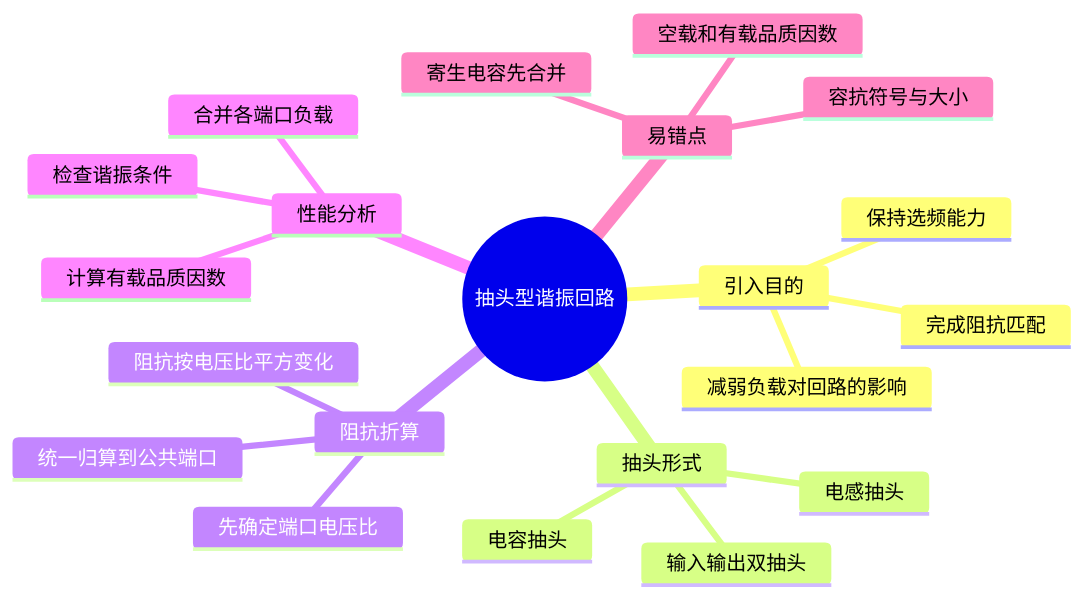
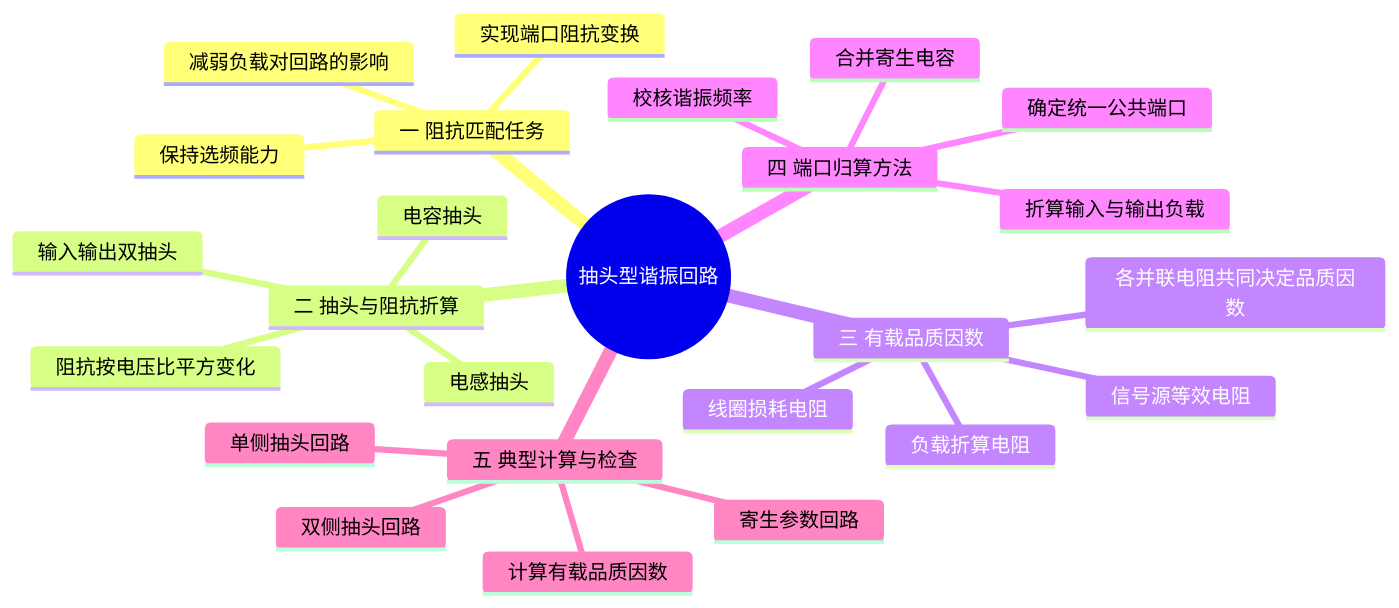
Before and after one commit to 3280441136-lab/My_Obsidian_Notes: the diagram in 学习/学校课程/高频电子线路（3学分）/03 第3课 抽头型谐振回路.md, drawn with Mermaid. The commit also changed other lines of this file and 20 other files, not shown here.

````diff
--- a/学习/学校课程/高频电子线路（3学分）/03 第3课 抽头型谐振回路.md
+++ b/学习/学校课程/高频电子线路（3学分）/03 第3课 抽头型谐振回路.md
@@ -15,24 +15,28 @@
 ```mermaid
 mindmap
   root((抽头型谐振回路))
-    引入目的
+    一 阻抗匹配任务
       减弱负载对回路的影响
-      完成阻抗匹配
       保持选频能力
-    抽头形式
+      实现端口阻抗变换
+    二 抽头与阻抗折算
       电感抽头
       电容抽头
       输入输出双抽头
-    阻抗折算
-      先确定端口电压比
       阻抗按电压比平方变化
-      统一归算到公共端口
-    性能分析
-      合并各端口负载
+    三 有载品质因数
+      线圈损耗电阻
+      信号源等效电阻
+      负载折算电阻
+      各并联电阻共同决定品质因数
+    四 端口归算方法
+      确定统一公共端口
+      合并寄生电容
+      折算输入与输出负载
+      校核谐振频率
+    五 典型计算与检查
+      单侧抽头回路
+      双侧抽头回路
+      寄生参数回路
       计算有载品质因数
-      检查谐振条件
-    易错点
-      容抗符号与大小
-      空载和有载品质因数
-      寄生电容先合并
 ```
````
